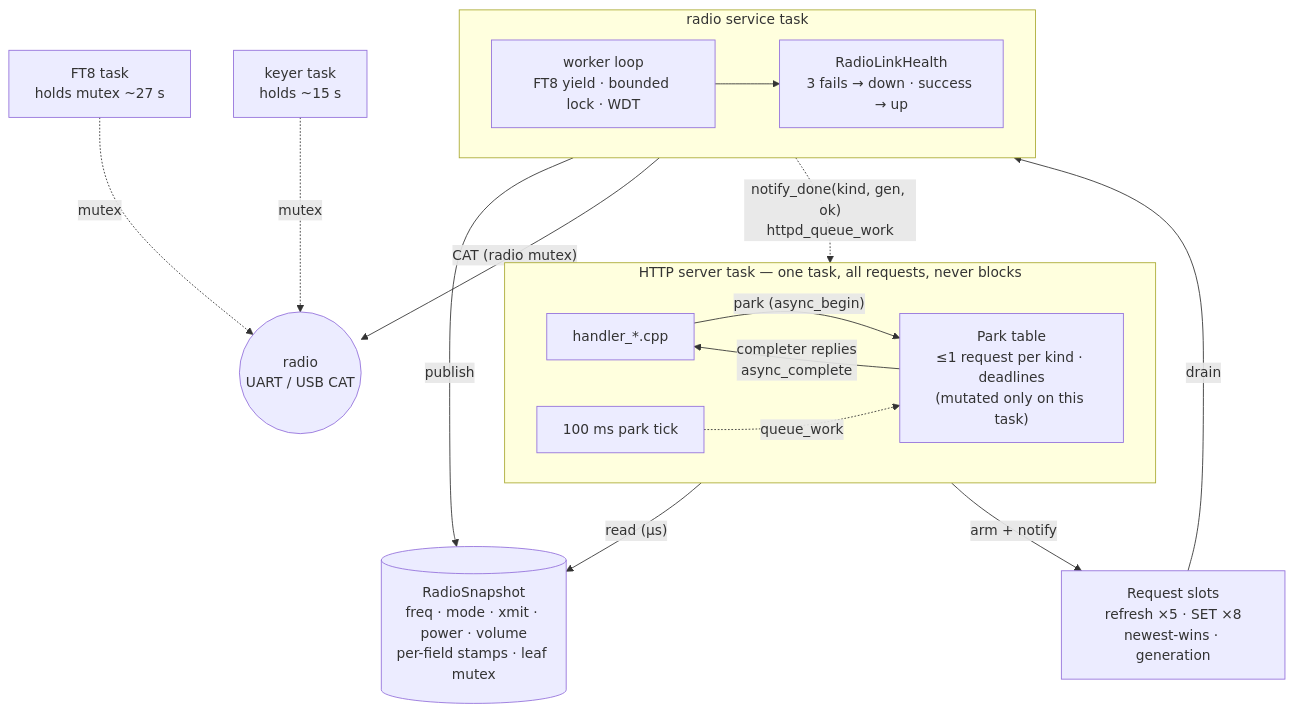
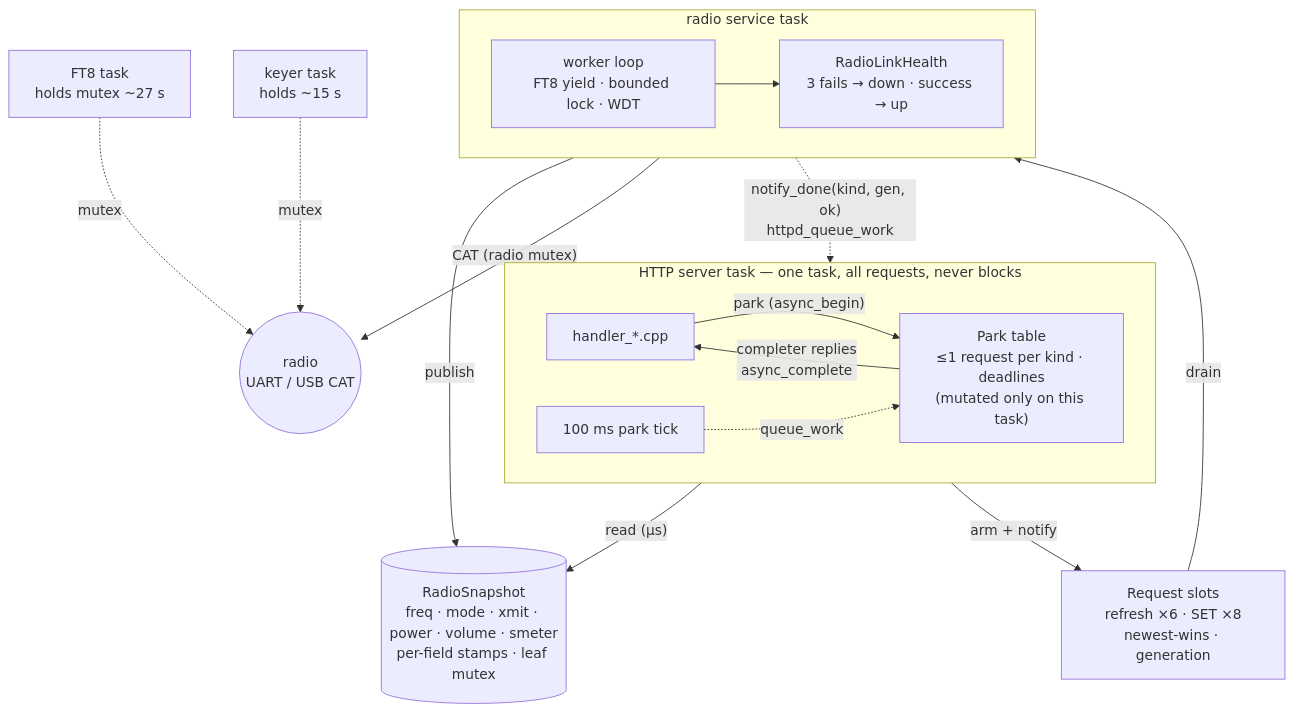
Before and after one commit to SOTAmat/SOTAcat: the first of 8 diagrams in docs/dev/Radio-Access.md, drawn with Mermaid. The commit also changed other lines of this file and 19 other files, not shown here.

````diff
--- a/docs/dev/Radio-Access.md
+++ b/docs/dev/Radio-Access.md
@@ -58,35 +58,35 @@
 ```mermaid
 flowchart TB
     subgraph HTTP["HTTP server task — one task, all requests, never blocks"]
         direction LR
         H["handler_*.cpp"]
         PT["Park table<br/>≤1 request per kind · deadlines<br/>(mutated only on this task)"]
         TK["100 ms park tick"]
         H -- "park (async_begin)" --> PT
         TK -. "queue_work" .-> PT
         PT -- "completer replies<br/>async_complete" --> H
     end
 
-    SN[("RadioSnapshot<br/>freq · mode · xmit · power · volume<br/>per-field stamps · leaf mutex")]
-    SL["Request slots<br/>refresh ×5 · SET ×8<br/>newest-wins · generation"]
+    SN[("RadioSnapshot<br/>freq · mode · xmit · power · volume · smeter<br/>per-field stamps · leaf mutex")]
+    SL["Request slots<br/>refresh ×6 · SET ×8<br/>newest-wins · generation"]
 
     subgraph SVC["radio service task"]
         direction LR
         W["worker loop<br/>FT8 yield · bounded lock · WDT"]
         LH["RadioLinkHealth<br/>3 fails → down · success → up"]
         W --> LH
     end
 
     R(("radio<br/>UART / USB CAT"))
     FT8["FT8 task<br/>holds mutex ~27 s"]
     KEY["keyer task<br/>holds ~15 s"]
 
     H -- "read (µs)" --> SN
     H -- "arm + notify" --> SL
     SL -- "drain" --> W
     W -- "publish" --> SN
     W -- "CAT (radio mutex)" --> R
     W -. "notify_done(kind, gen, ok)<br/>httpd_queue_work" .-> PT
     FT8 -. "mutex" .-> R
     KEY -. "mutex" .-> R
 ```
````
